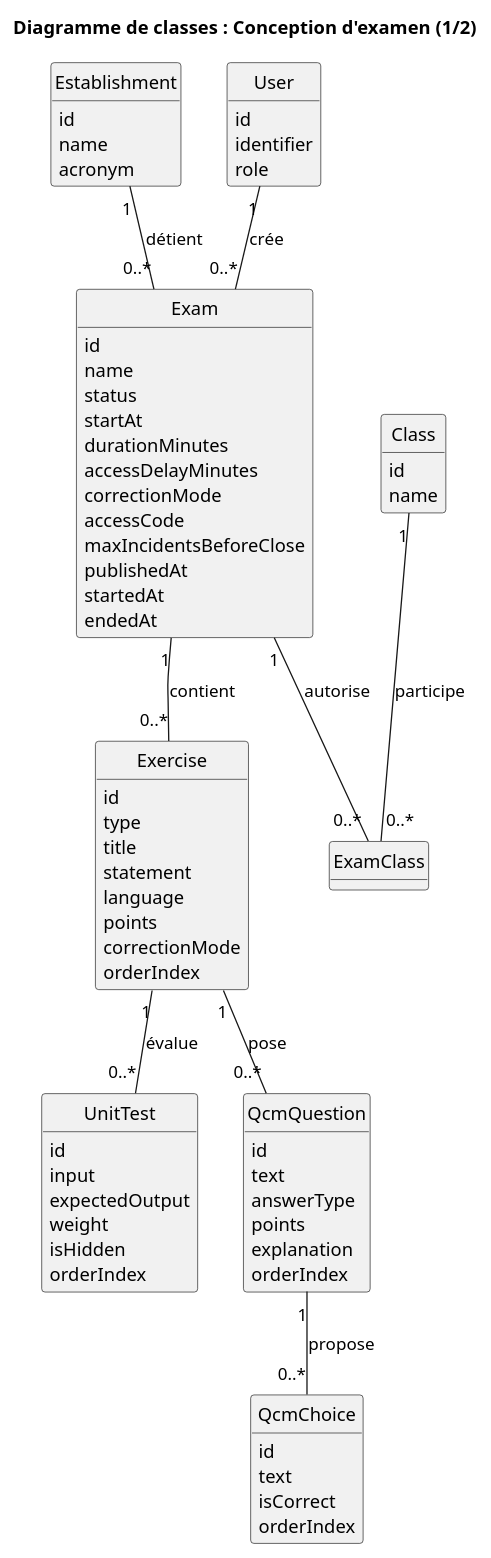
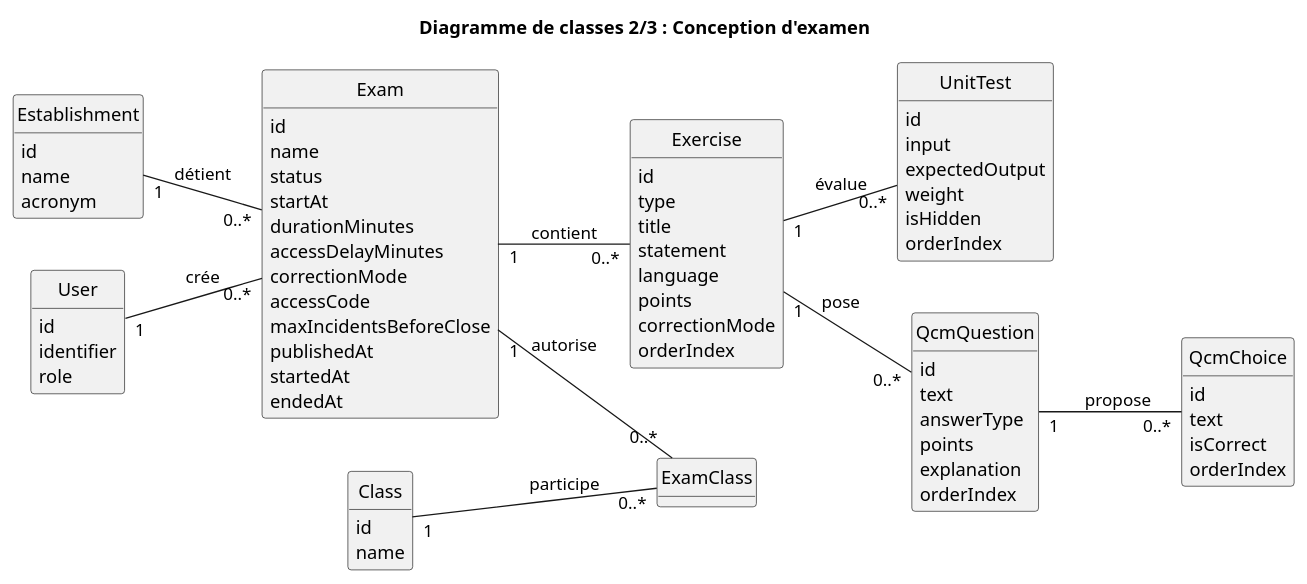
One commit to progirix/cylentic changed the diagram in docs/diagrammes/05b1_classes_conception_examen.puml. Above: the diagram before and after it, drawn with PlantUML. The commit also changed 2 other files, not shown here.

Commit message:
Repasse les 3 diagrammes de classes en disposition horizontale

```diff
--- a/docs/diagrammes/05b1_classes_conception_examen.puml
+++ b/docs/diagrammes/05b1_classes_conception_examen.puml
@@ -1,89 +1,92 @@
 @startuml
+left to right direction
 skinparam shadowing false
 skinparam classAttributeIconSize 0
+skinparam nodesep 40
+skinparam ranksep 45
 hide empty methods
 hide circle
 
-title Diagramme de classes : Conception d'examen (1/2)
+title Diagramme de classes 2/3 : Conception d'examen
 
 class Establishment {
   id
   name
   acronym
 }
 
 class User {
   id
   identifier
   role
 }
 
 class Class {
   id
   name
 }
 
 class Exam {
   id
   name
   status
   startAt
   durationMinutes
   accessDelayMinutes
   correctionMode
   accessCode
   maxIncidentsBeforeClose
   publishedAt
   startedAt
   endedAt
 }
 
 class ExamClass {
 }
 
 class Exercise {
   id
   type
   title
   statement
   language
   points
   correctionMode
   orderIndex
 }
 
 class UnitTest {
   id
   input
   expectedOutput
   weight
   isHidden
   orderIndex
 }
 
 class QcmQuestion {
   id
   text
   answerType
   points
   explanation
   orderIndex
 }
 
 class QcmChoice {
   id
   text
   isCorrect
   orderIndex
 }
 
 Establishment "1" -- "0..*" Exam : "détient"
 User "1" -- "0..*" Exam : "crée"
 Exam "1" -- "0..*" ExamClass : "autorise"
 Class "1" -- "0..*" ExamClass : "participe"
 Exam "1" -- "0..*" Exercise : "contient"
 Exercise "1" -- "0..*" UnitTest : "évalue"
 Exercise "1" -- "0..*" QcmQuestion : "pose"
 QcmQuestion "1" -- "0..*" QcmChoice : "propose"
 
 @enduml
```
